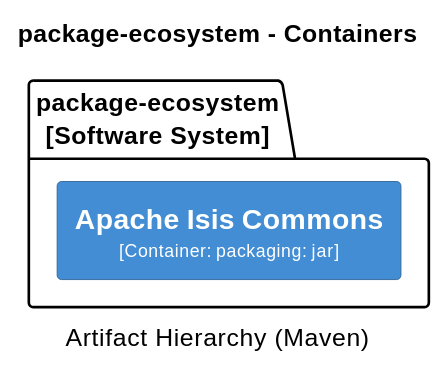
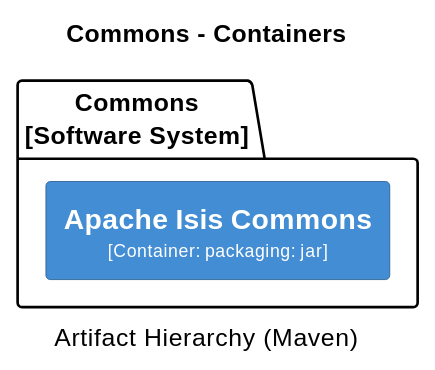
The second of 18 diagrams in antora/components/system/modules/ROOT/pages/system-overview.adoc (apache/causeway), drawn with PlantUML before and after one commit. The commit also changed other lines of this file and 1 other file, not shown here.

Commit message:
ISIS-2473: system overview: more meaningful diagram titles

```diff
--- a/antora/components/system/modules/ROOT/pages/system-overview.adoc
+++ b/antora/components/system/modules/ROOT/pages/system-overview.adoc
@@ -118,24 +118,24 @@
 [plantuml,Commons,svg]
 ----
 @startuml(id=Commons)
-title package-ecosystem - Containers
+title Commons - Containers
 caption Artifact Hierarchy (Maven)
 
 skinparam {
   shadowing false
   arrowFontSize 10
   defaultTextAlignment center
   wrapWidth 200
   maxMessageSize 100
 }
 hide stereotype
 skinparam rectangle<<2>> {
   BackgroundColor #438dd5
   FontColor #fffffe
   BorderColor #2E6295
 }
-package "package-ecosystem\n[Software System]" {
+package "Commons\n[Software System]" {
   rectangle "==Apache Isis Commons\n<size:10>[Container: packaging: jar]</size>" <<2>> as 2
 }
 @enduml
 ----
```
